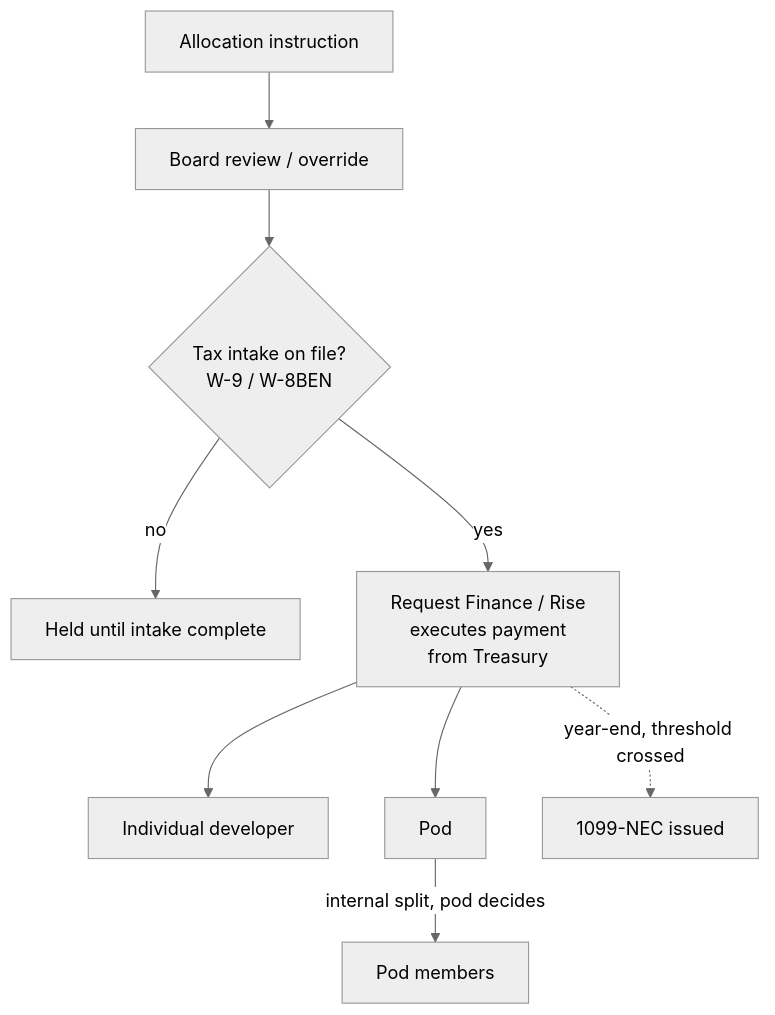
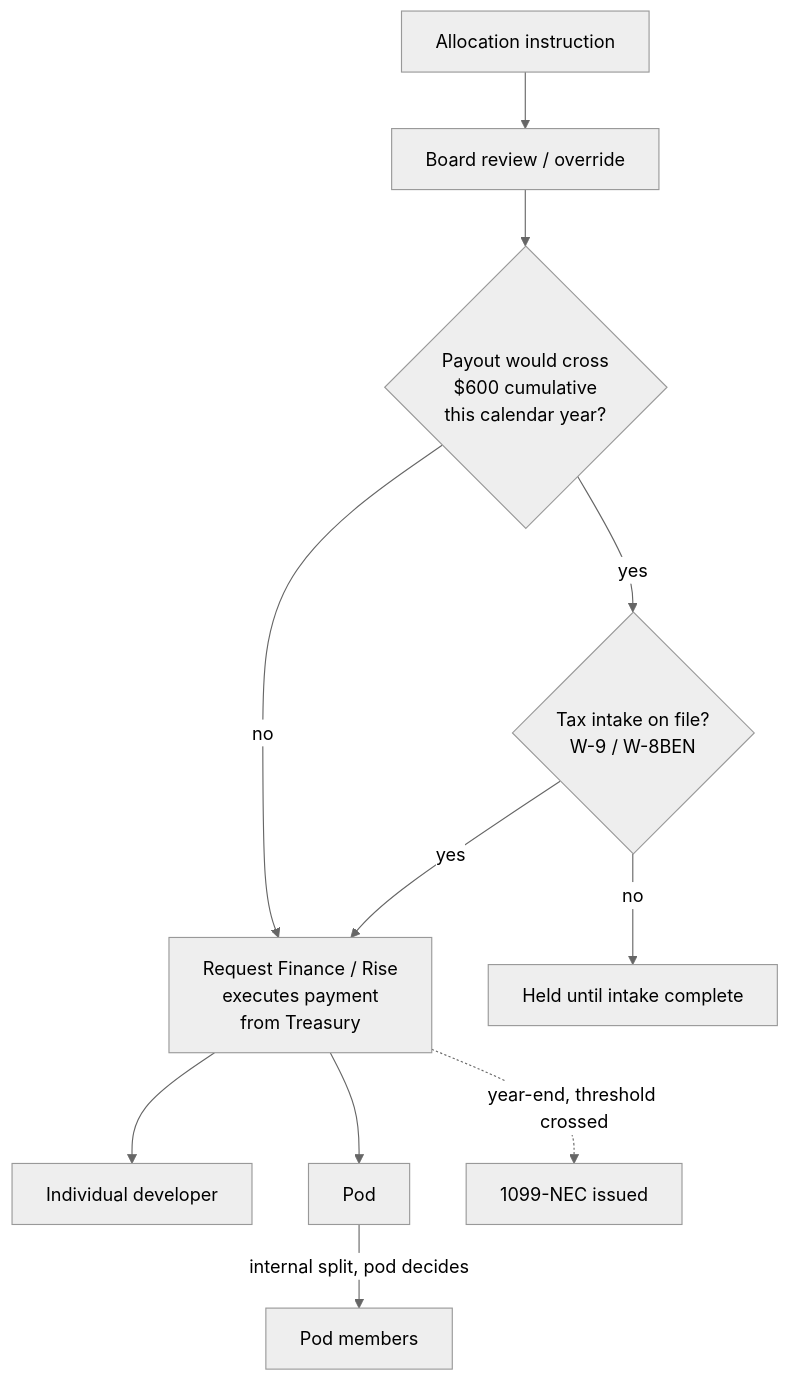
Before and after one commit to doikayt/admin: the second of 2 diagrams in governance/contributor-guide.md, drawn with Mermaid (neutral theme). The commit also changed other lines of this file and 3 other files, not shown here.

````diff
--- a/governance/contributor-guide.md
+++ b/governance/contributor-guide.md
@@ -52,12 +52,14 @@
 ```mermaid
 flowchart TD
     A[Allocation instruction] --> BR[Board review / override]
-    BR --> G2{Tax intake on file?<br/>W-9 / W-8BEN}
+    BR --> C{Payout would cross<br/>$600 cumulative<br/>this calendar year?}
+    C -->|no| P[Request Finance / Rise<br/>executes payment<br/>from Treasury]
+    C -->|yes| G2{Tax intake on file?<br/>W-9 / W-8BEN}
     G2 -->|no| H[Held until intake complete]
-    G2 -->|yes| P[Request Finance / Rise<br/>executes payment<br/>from Treasury]
+    G2 -->|yes| P
 
     P --> D[Individual developer]
     P --> Pod[Pod]
     Pod -->|internal split, pod decides| D2[Pod members]
     P -.year-end, threshold crossed.-> N[1099-NEC issued]
 ```
````
